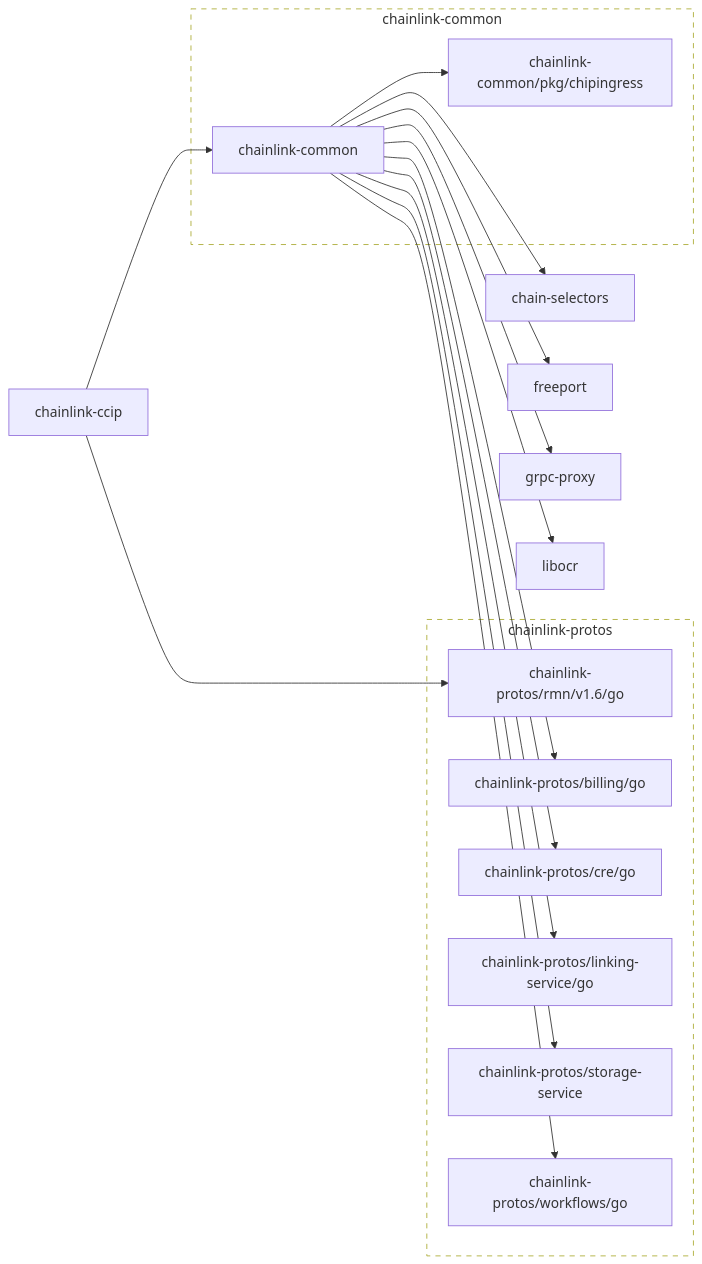
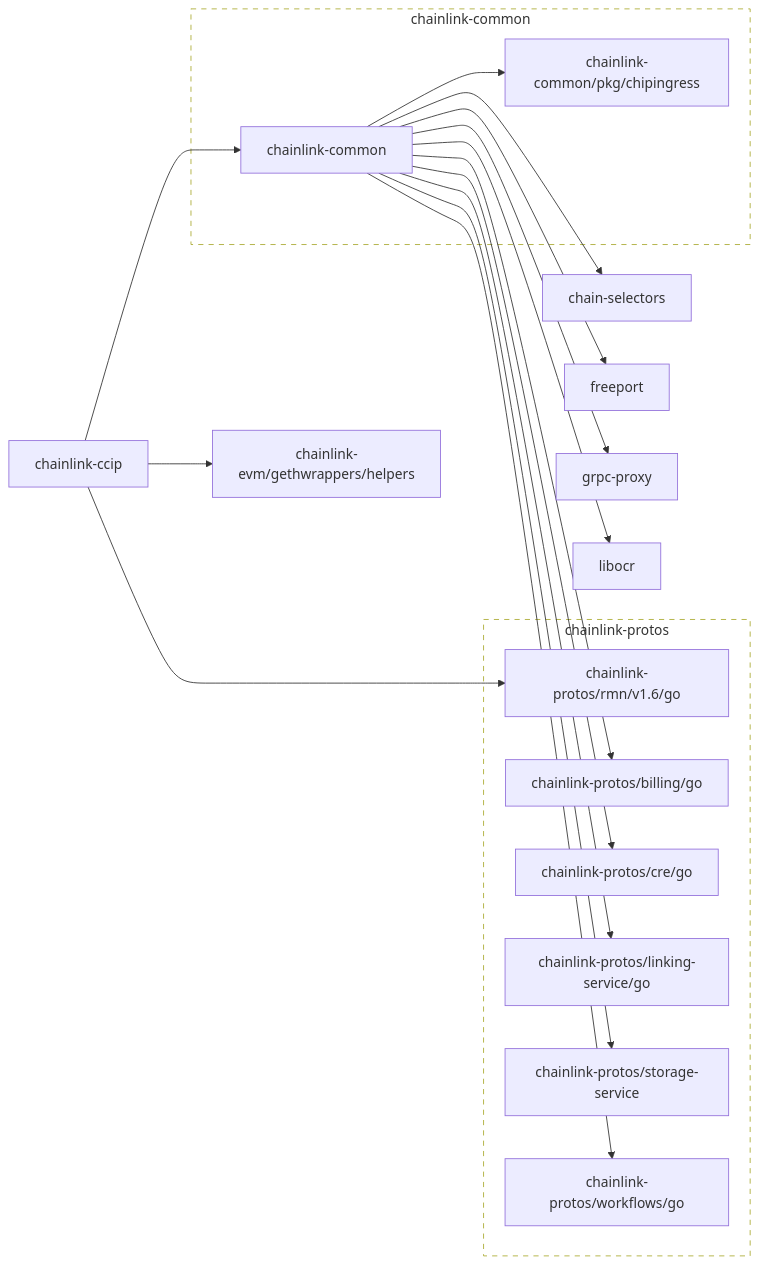
One commit to smartcontractkit/chainlink-ccip changed the first of 2 diagrams in go.md. Above: the diagram before and after it, drawn with Mermaid. The commit also changed other lines of this file and 31 other files, not shown here.

````diff
--- a/go.md
+++ b/go.md
@@ -3,59 +3,62 @@
 ```mermaid
 flowchart LR
 
 	chain-selectors
 	click chain-selectors href "https://github.com/smartcontractkit/chain-selectors"
 	chainlink-ccip --> chainlink-common
+	chainlink-ccip --> chainlink-evm/gethwrappers/helpers
 	chainlink-ccip --> chainlink-protos/rmn/v1.6/go
 	click chainlink-ccip href "https://github.com/smartcontractkit/chainlink-ccip"
 	chainlink-common --> chain-selectors
 	chainlink-common --> chainlink-common/pkg/chipingress
 	chainlink-common --> chainlink-protos/billing/go
 	chainlink-common --> chainlink-protos/cre/go
 	chainlink-common --> chainlink-protos/linking-service/go
 	chainlink-common --> chainlink-protos/storage-service
 	chainlink-common --> chainlink-protos/workflows/go
 	chainlink-common --> freeport
 	chainlink-common --> grpc-proxy
 	chainlink-common --> libocr
 	click chainlink-common href "https://github.com/smartcontractkit/chainlink-common"
 	chainlink-common/pkg/chipingress
 	click chainlink-common/pkg/chipingress href "https://github.com/smartcontractkit/chainlink-common"
+	chainlink-evm/gethwrappers/helpers
+	click chainlink-evm/gethwrappers/helpers href "https://github.com/smartcontractkit/chainlink-evm"
 	chainlink-protos/billing/go
 	click chainlink-protos/billing/go href "https://github.com/smartcontractkit/chainlink-protos"
 	chainlink-protos/cre/go
 	click chainlink-protos/cre/go href "https://github.com/smartcontractkit/chainlink-protos"
 	chainlink-protos/linking-service/go
 	click chainlink-protos/linking-service/go href "https://github.com/smartcontractkit/chainlink-protos"
 	chainlink-protos/rmn/v1.6/go
 	click chainlink-protos/rmn/v1.6/go href "https://github.com/smartcontractkit/chainlink-protos"
 	chainlink-protos/storage-service
 	click chainlink-protos/storage-service href "https://github.com/smartcontractkit/chainlink-protos"
 	chainlink-protos/workflows/go
 	click chainlink-protos/workflows/go href "https://github.com/smartcontractkit/chainlink-protos"
 	freeport
 	click freeport href "https://github.com/smartcontractkit/freeport"
 	grpc-proxy
 	click grpc-proxy href "https://github.com/smartcontractkit/grpc-proxy"
 	libocr
 	click libocr href "https://github.com/smartcontractkit/libocr"
 
 	subgraph chainlink-common-repo[chainlink-common]
 		 chainlink-common
 		 chainlink-common/pkg/chipingress
 	end
 	click chainlink-common-repo href "https://github.com/smartcontractkit/chainlink-common"
 
 	subgraph chainlink-protos-repo[chainlink-protos]
 		 chainlink-protos/billing/go
 		 chainlink-protos/cre/go
 		 chainlink-protos/linking-service/go
 		 chainlink-protos/rmn/v1.6/go
 		 chainlink-protos/storage-service
 		 chainlink-protos/workflows/go
 	end
 	click chainlink-protos-repo href "https://github.com/smartcontractkit/chainlink-protos"
 
 	classDef outline stroke-dasharray:6,fill:none;
 	class chainlink-common-repo,chainlink-protos-repo outline
 ```
````
